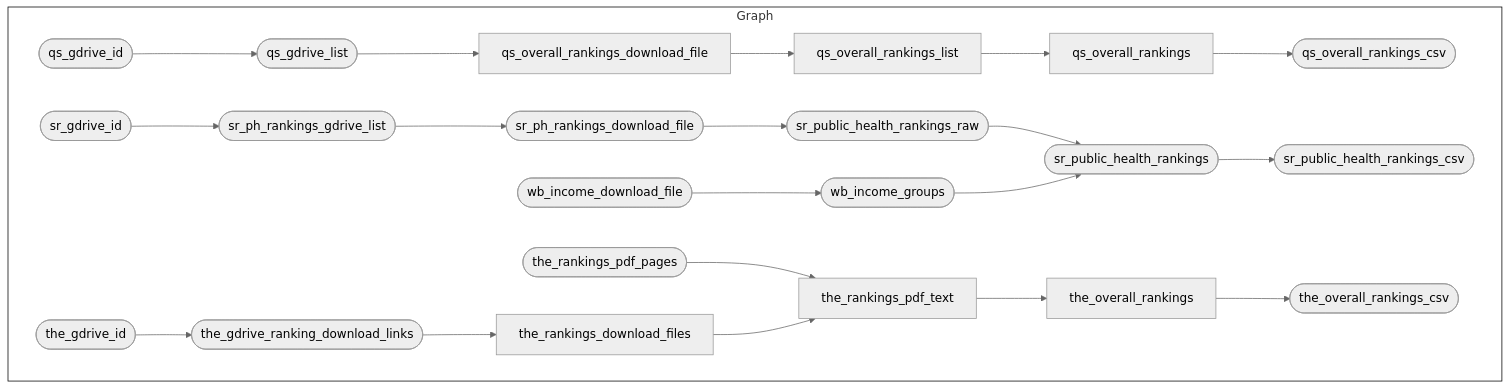
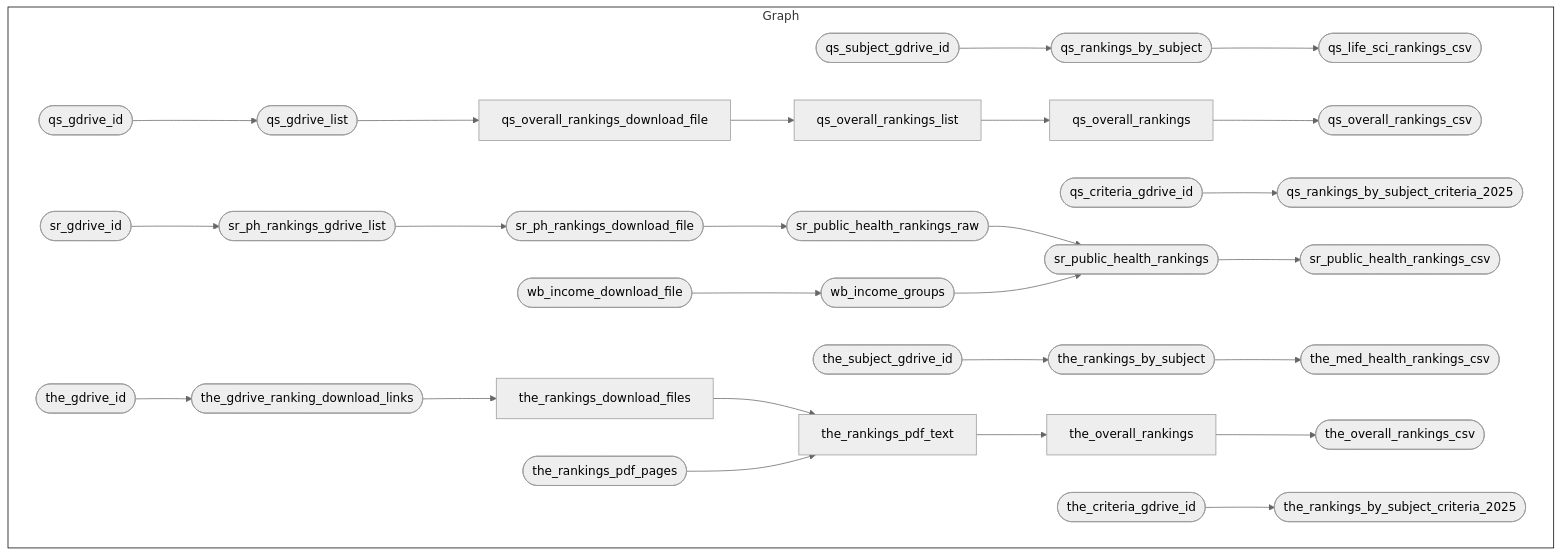
One commit to OxfordIHTM/spph-review changed the second of 3 diagrams in README.md. Above: the diagram before and after it, drawn with Mermaid (neutral theme). The commit also changed other lines of this file and 3 other files, not shown here.

````diff
--- a/README.md
+++ b/README.md
@@ -199,26 +203,32 @@
 ``` mermaid
 graph LR
   style Graph fill:#FFFFFF00,stroke:#000000;
   subgraph Graph
     direction LR
     xf5b5abed18ea1d1a(["qs_gdrive_id"]):::uptodate --> x6416e41cf8dc3821(["qs_gdrive_list"]):::uptodate
+    x2cbca884f984ce6c(["qs_rankings_by_subject"]):::uptodate --> x602e5639f8a4b592(["qs_life_sci_rankings_csv"]):::uptodate
     xd53eac577d2929f8["qs_overall_rankings_list"]:::uptodate --> x37b9da1597241587["qs_overall_rankings"]:::uptodate
-    x37b9da1597241587["qs_overall_rankings"]:::uptodate --> x6b6ae39ee55de2f6(["qs_overall_rankings_csv"]):::outdated
+    x37b9da1597241587["qs_overall_rankings"]:::uptodate --> x6b6ae39ee55de2f6(["qs_overall_rankings_csv"]):::uptodate
     x6416e41cf8dc3821(["qs_gdrive_list"]):::uptodate --> x10da32f41de863de["qs_overall_rankings_download_file"]:::uptodate
     x10da32f41de863de["qs_overall_rankings_download_file"]:::uptodate --> xd53eac577d2929f8["qs_overall_rankings_list"]:::uptodate
+    xd641d44dc7be74fb(["qs_subject_gdrive_id"]):::uptodate --> x2cbca884f984ce6c(["qs_rankings_by_subject"]):::uptodate
+    xedd25ac9f36b9898(["qs_criteria_gdrive_id"]):::uptodate --> x8168c720c392fe41(["qs_rankings_by_subject_criteria_2025"]):::uptodate
     x283ab20454910291(["sr_ph_rankings_gdrive_list"]):::uptodate --> xe2fef9f751519f5f(["sr_ph_rankings_download_file"]):::uptodate
     xf9bf18a76745f614(["sr_gdrive_id"]):::uptodate --> x283ab20454910291(["sr_ph_rankings_gdrive_list"]):::uptodate
     x74232ff4e76c1dcf(["sr_public_health_rankings_raw"]):::uptodate --> xa7027837a89e5ec4(["sr_public_health_rankings"]):::uptodate
     x1a5851e4bb9a8b0f(["wb_income_groups"]):::uptodate --> xa7027837a89e5ec4(["sr_public_health_rankings"]):::uptodate
     xa7027837a89e5ec4(["sr_public_health_rankings"]):::uptodate --> x40fa25b81086eaaf(["sr_public_health_rankings_csv"]):::outdated
     xe2fef9f751519f5f(["sr_ph_rankings_download_file"]):::uptodate --> x74232ff4e76c1dcf(["sr_public_health_rankings_raw"]):::uptodate
     x08954fb96f89d64e(["the_gdrive_id"]):::uptodate --> xb3b152c5e5e4ae89(["the_gdrive_ranking_download_links"]):::uptodate
+    xd8185f2e7eebcb6a(["the_rankings_by_subject"]):::uptodate --> x1c55767e45cbd9e5(["the_med_health_rankings_csv"]):::uptodate
     xac3c5bdc37f5521d["the_rankings_pdf_text"]:::uptodate --> x2a541b9a4da4732f["the_overall_rankings"]:::uptodate
-    x2a541b9a4da4732f["the_overall_rankings"]:::uptodate --> xbb992b8b8554cfa8(["the_overall_rankings_csv"]):::outdated
+    x2a541b9a4da4732f["the_overall_rankings"]:::uptodate --> xbb992b8b8554cfa8(["the_overall_rankings_csv"]):::uptodate
+    x70e637713b4924f1(["the_subject_gdrive_id"]):::uptodate --> xd8185f2e7eebcb6a(["the_rankings_by_subject"]):::uptodate
+    x71c6c20122626dc8(["the_criteria_gdrive_id"]):::uptodate --> x81463c34ec80ec82(["the_rankings_by_subject_criteria_2025"]):::uptodate
     xb3b152c5e5e4ae89(["the_gdrive_ranking_download_links"]):::uptodate --> xcb7c43287b8b4747["the_rankings_download_files"]:::uptodate
+    xcb7c43287b8b4747["the_rankings_download_files"]:::uptodate --> xac3c5bdc37f5521d["the_rankings_pdf_text"]:::uptodate
     x91d62071178d9fcb(["the_rankings_pdf_pages"]):::uptodate --> xac3c5bdc37f5521d["the_rankings_pdf_text"]:::uptodate
-    xcb7c43287b8b4747["the_rankings_download_files"]:::uptodate --> xac3c5bdc37f5521d["the_rankings_pdf_text"]:::uptodate
     x578811b318f92d03(["wb_income_download_file"]):::uptodate --> x1a5851e4bb9a8b0f(["wb_income_groups"]):::uptodate
     
   end
 ```
````
